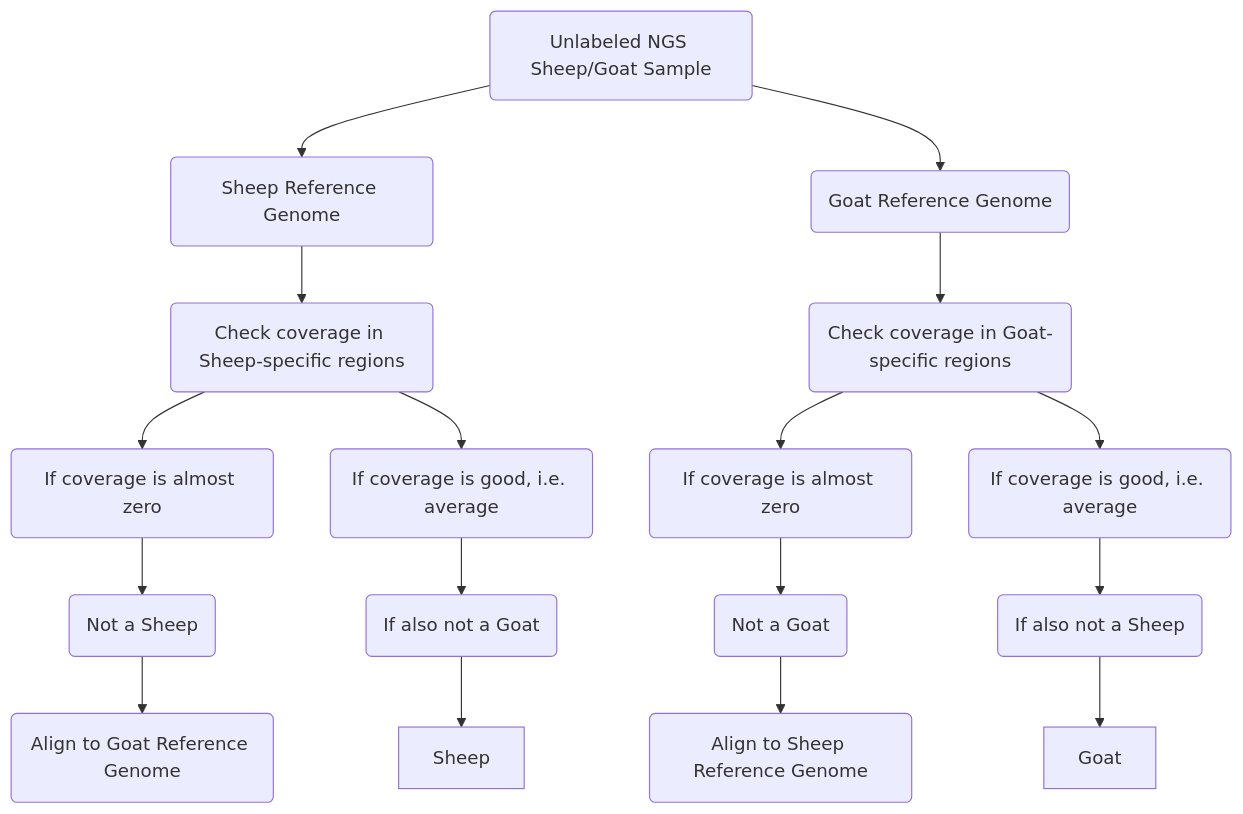
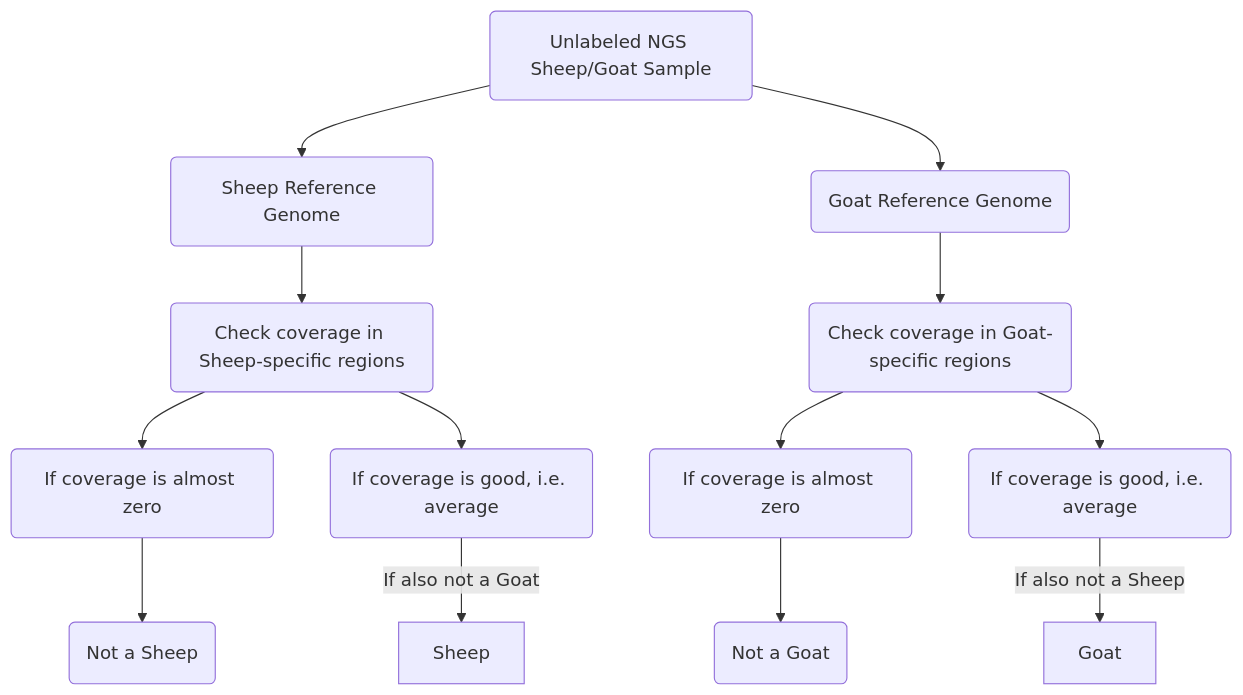
The diagram in README.md (BTC-Lab/Goat_Sheep_specific_regions), drawn with Mermaid before and after one commit. The commit also changed other lines of this file, not shown here.

````diff
--- a/README.md
+++ b/README.md
@@ -25,19 +25,15 @@
 ```mermaid
 graph TD;
     Unlabeled_NGS_Sample(Unlabeled NGS Sheep/Goat Sample)-->Sheep_Reference_Genome(Sheep Reference Genome);
     Unlabeled_NGS_Sample(Unlabeled NGS Sheep/Goat Sample)-->Goat_Reference_Genome(Goat Reference Genome);
     Sheep_Reference_Genome-->check_coverage_in_Sheep_specific_regions(Check coverage in Sheep-specific regions);
     Goat_Reference_Genome-->check_coverage_in_Goat_specific_regions(Check coverage in Goat-specific regions);
     check_coverage_in_Sheep_specific_regions-->if_coverage_almost_zero(If coverage is almost zero);
     check_coverage_in_Sheep_specific_regions-->if_coverage_is_good(If coverage is good, i.e. average);
-    if_coverage_is_good-->and_not_a_Goat(If also not a Goat);
-    and_not_a_Goat-->Sheep;
+    if_coverage_is_good -- If also not a Goat -->Sheep;
     if_coverage_almost_zero-->not_a_Sheep(Not a Sheep);
-    not_a_Sheep-->align_to_Goat(Align to Goat Reference Genome);
     check_coverage_in_Goat_specific_regions-->if_coverage_almost_zero.(If coverage is almost zero);
     if_coverage_almost_zero. -->not_a_Goat(Not a Goat);
     check_coverage_in_Goat_specific_regions-->if_coverage_is_good.(If coverage is good, i.e. average);
-    if_coverage_is_good. -->and_not_a_Sheep(If also not a Sheep);
-    and_not_a_Sheep-->Goat;
-    not_a_Goat-->align_to_Sheep(Align to Sheep Reference Genome);
+    if_coverage_is_good. -- If also not a Sheep -->Goat
 ```
````
